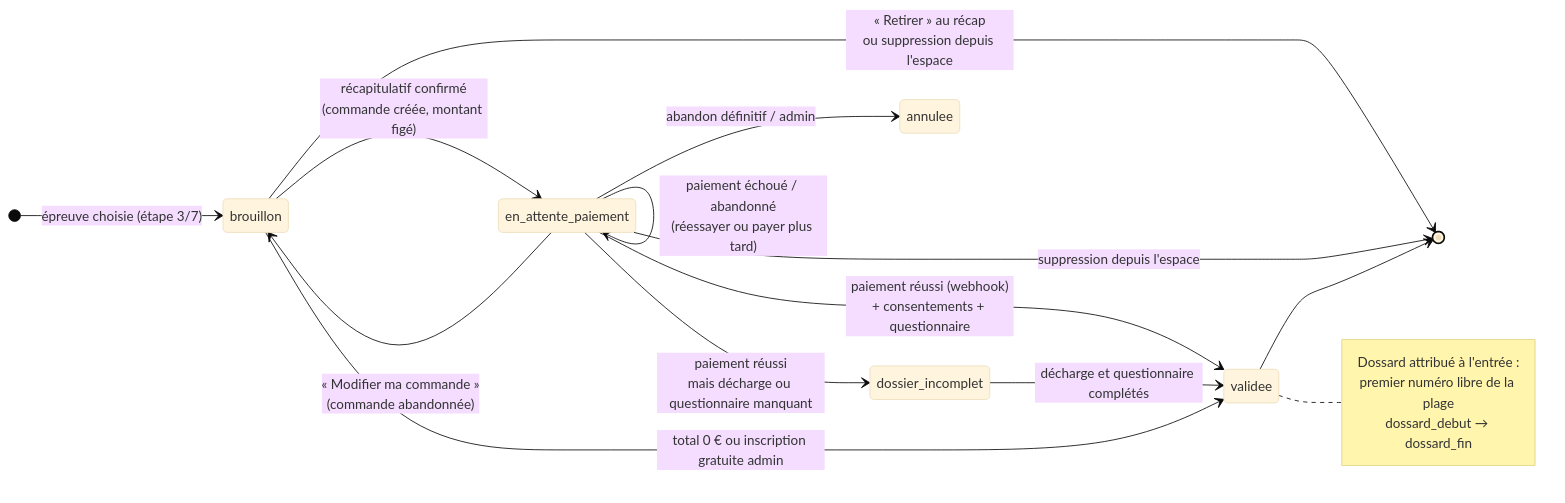
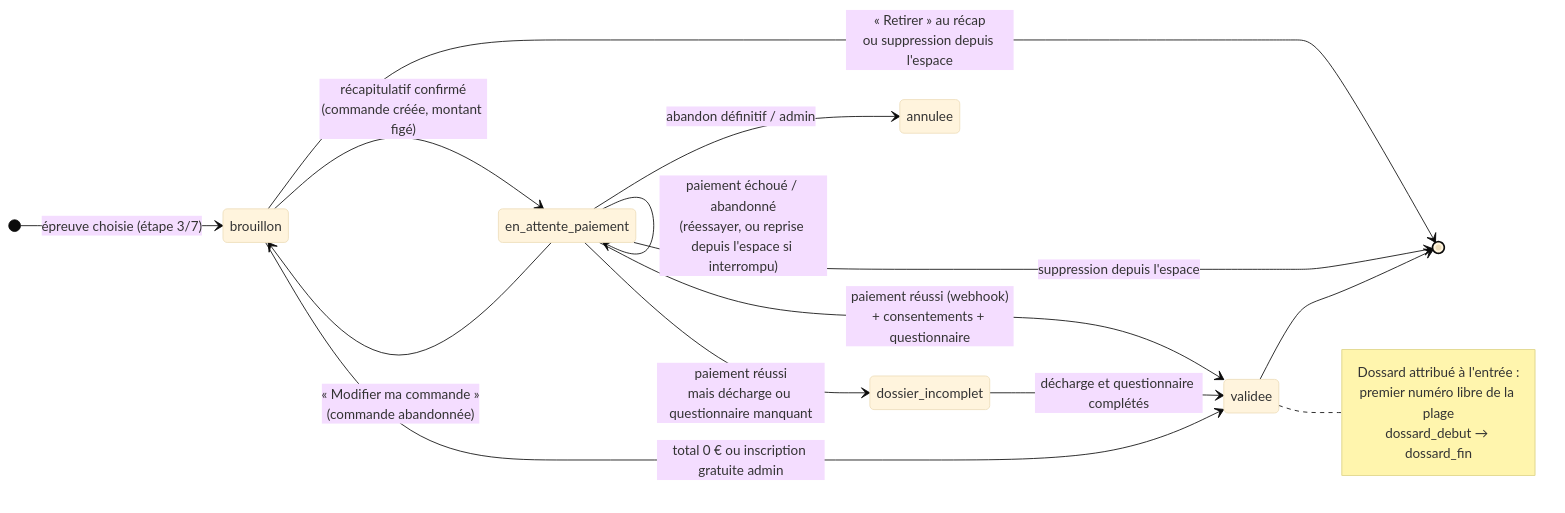
One commit to OanHamon/Run_For_Lorene changed the fifth of 5 diagrams in docs/parcours-utilisateur.md. Above: the diagram before and after it, drawn with Mermaid (base theme). The commit also changed other lines of this file and 5 other files, not shown here.

First line of the commit message:
Plus d'invitation à payer ou remplir les documents plus tard

````diff
--- a/docs/parcours-utilisateur.md
+++ b/docs/parcours-utilisateur.md
@@ -229,22 +229,22 @@
 ```mermaid
 stateDiagram-v2
     direction LR
     [*] --> brouillon : épreuve choisie (étape 3/7)
     brouillon --> en_attente_paiement : récapitulatif confirmé<br/>(commande créée, montant figé)
     brouillon --> [*] : « Retirer » au récap<br/>ou suppression depuis l'espace
     en_attente_paiement --> brouillon : « Modifier ma commande »<br/>(commande abandonnée)
-    en_attente_paiement --> en_attente_paiement : paiement échoué / abandonné<br/>(réessayer ou payer plus tard)
+    en_attente_paiement --> en_attente_paiement : paiement échoué / abandonné<br/>(réessayer, ou reprise depuis l'espace si interrompu)
     en_attente_paiement --> validee : paiement réussi (webhook)<br/>+ consentements + questionnaire
     en_attente_paiement --> dossier_incomplet : paiement réussi<br/>mais décharge ou questionnaire manquant
     en_attente_paiement --> annulee : abandon définitif / admin
     en_attente_paiement --> [*] : suppression depuis l'espace
     dossier_incomplet --> validee : décharge et questionnaire complétés
     brouillon --> validee : total 0 € ou inscription gratuite admin
     validee --> [*]
 
     note right of validee
         Dossard attribué à l'entrée :
         premier numéro libre de la plage
         dossard_debut → dossard_fin
     end note
 ```
````
